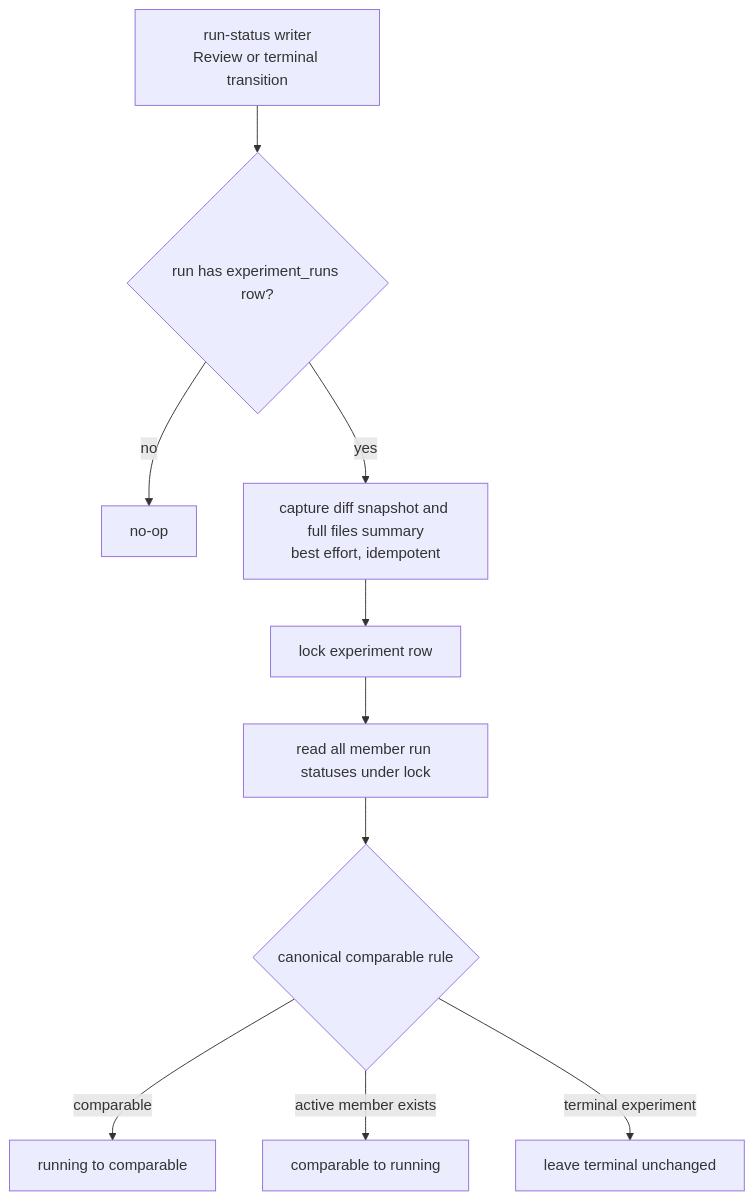
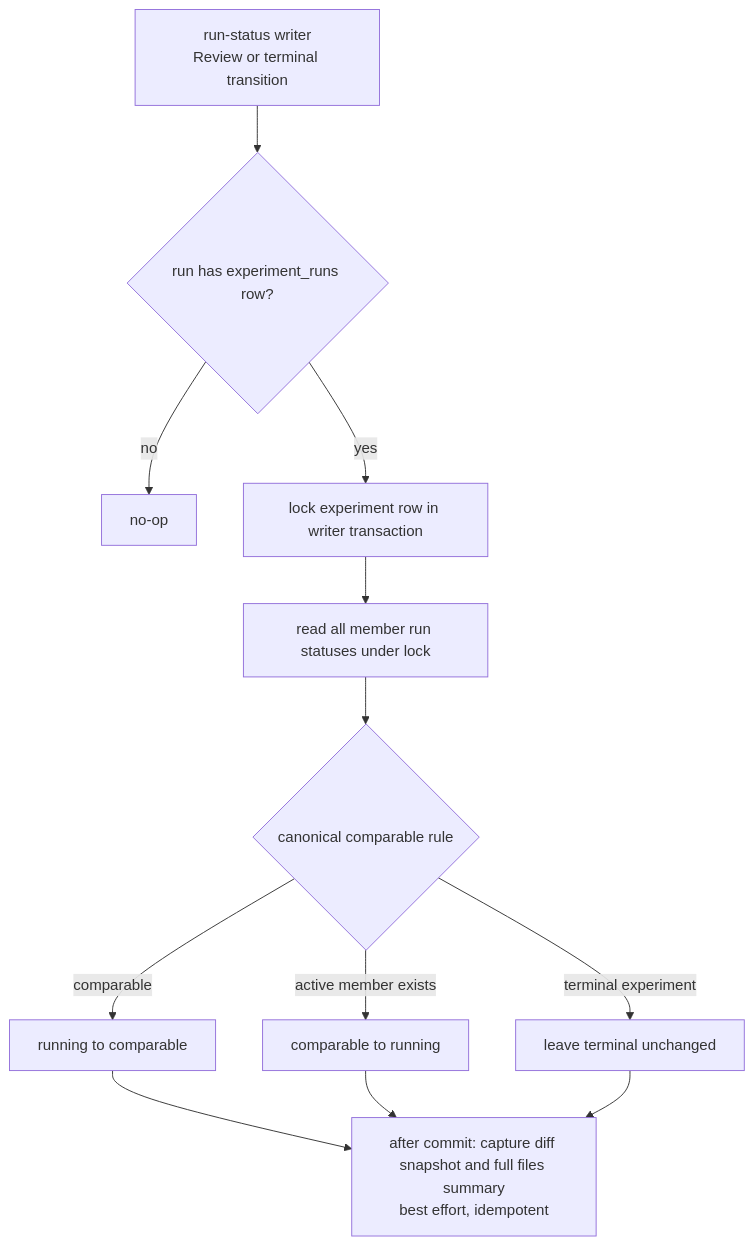
One commit to maister-dev/maister changed the fourth of 5 diagrams in docs/system-analytics/experiments.md. Above: the diagram before and after it, drawn with Mermaid. The commit also changed other lines of this file and 82 other files, not shown here.

````diff
--- a/docs/system-analytics/experiments.md
+++ b/docs/system-analytics/experiments.md
@@ -110,12 +113,14 @@
 ```mermaid
 flowchart TD
     Writer["run-status writer<br/>Review or terminal transition"] --> Member{"run has experiment_runs row?"}
     Member -- no --> Done["no-op"]
-    Member -- yes --> Snap["capture diff snapshot and full files summary<br/>best effort, idempotent"]
-    Snap --> Lock["lock experiment row"]
+    Member -- yes --> Lock["lock experiment row in writer transaction"]
     Lock --> Read["read all member run statuses under lock"]
     Read --> Derive{"canonical comparable rule"}
     Derive -- comparable --> UpdateC["running to comparable"]
     Derive -- active member exists --> UpdateR["comparable to running"]
     Derive -- terminal experiment --> Keep["leave terminal unchanged"]
+    UpdateC --> Snap["after commit: capture diff snapshot and full files summary<br/>best effort, idempotent"]
+    UpdateR --> Snap
+    Keep --> Snap
 ```
````
